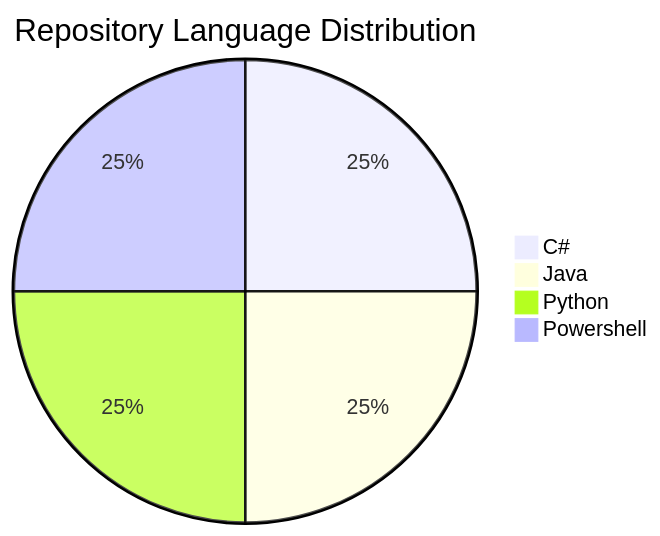
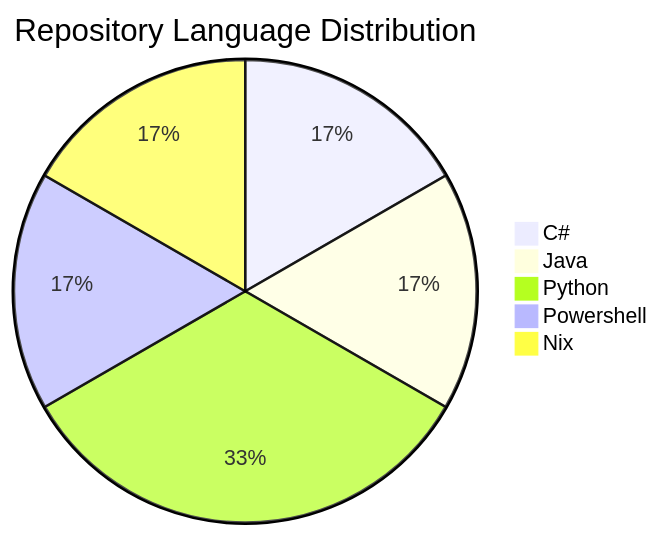
One commit to fanto-docs/.github changed the diagram in profile/README.md. Above: the diagram before and after it, drawn with Mermaid. The commit also changed other lines of this file, not shown here.

````diff
--- a/profile/README.md
+++ b/profile/README.md
@@ -29,7 +29,8 @@
 ```mermaid
 pie title Repository Language Distribution
     "C#" : 1
     "Java": 1
-    "Python": 1
+    "Python": 2
     "Powershell": 1
+    "Nix": 1
 ```
````
